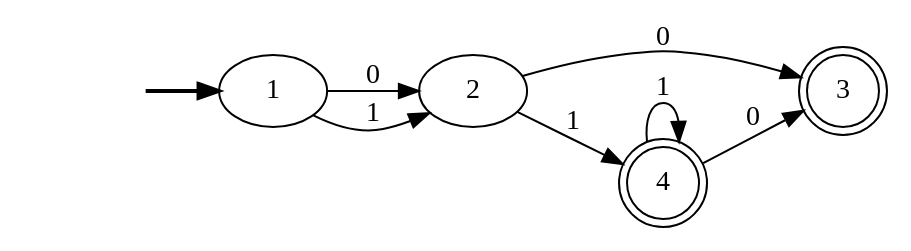
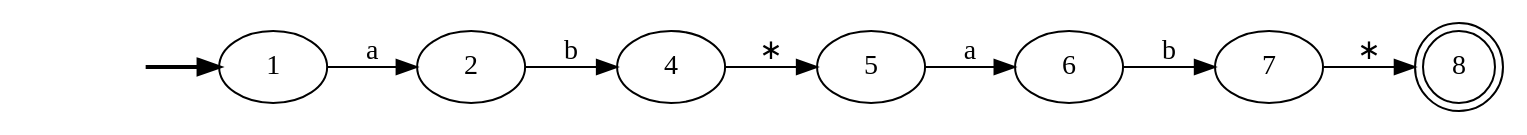
Before and after one commit to bar20807/CompiladorProyect: the diagram in Pre-laboratorio B/AFD_DIRECT#11PreLabB.gv, drawn with Graphviz. The commit also changed 6 other files, not shown here.

```diff
--- a/Pre-laboratorio B/AFD_DIRECT#11PreLabB.gv
+++ b/Pre-laboratorio B/AFD_DIRECT#11PreLabB.gv
@@ -1,18 +1,24 @@
 digraph "AFD_DIRECT#11PreLabB" {
 	graph [rankdir=LR]
 	fake [style=invisible]
 	fake -> 1 [style=bold]
 	1 [root=true]
 	2
-	1 -> 2 [label=0]
-	1 -> 2 [label=1]
+	1 -> 2 [label=a]
 	2
-	3 [shape=doublecircle]
-	2 -> 3 [label=0]
-	4 [shape=doublecircle]
-	2 -> 4 [label=1]
-	3 [shape=doublecircle]
-	4 [shape=doublecircle]
-	4 -> 3 [label=0]
-	4 -> 4 [label=1]
+	4
+	2 -> 4 [label=b]
+	4
+	5
+	4 -> 5 [label="∗"]
+	5
+	6
+	5 -> 6 [label=a]
+	6
+	7
+	6 -> 7 [label=b]
+	7
+	8 [shape=doublecircle]
+	7 -> 8 [label="∗"]
+	8 [shape=doublecircle]
 }
```
